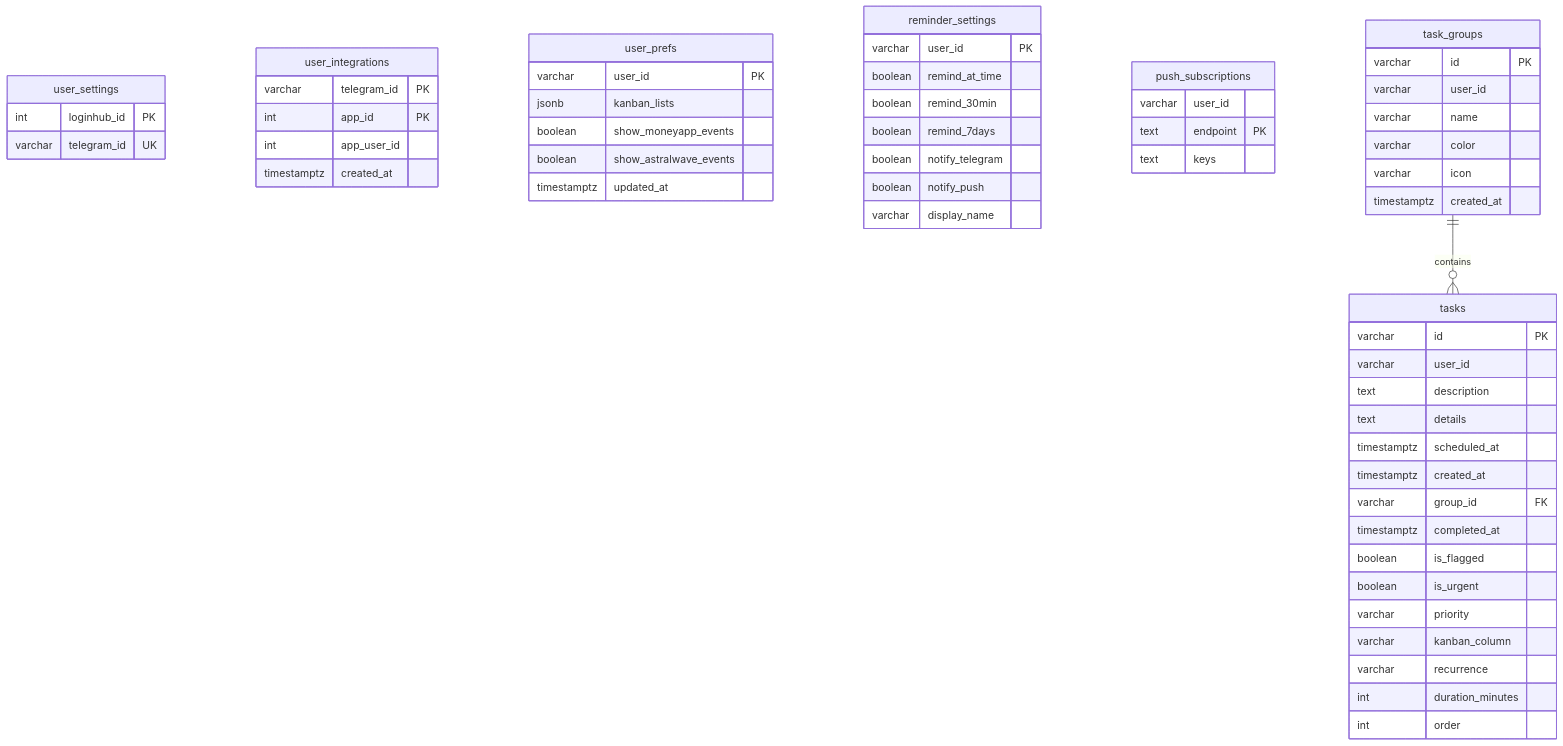
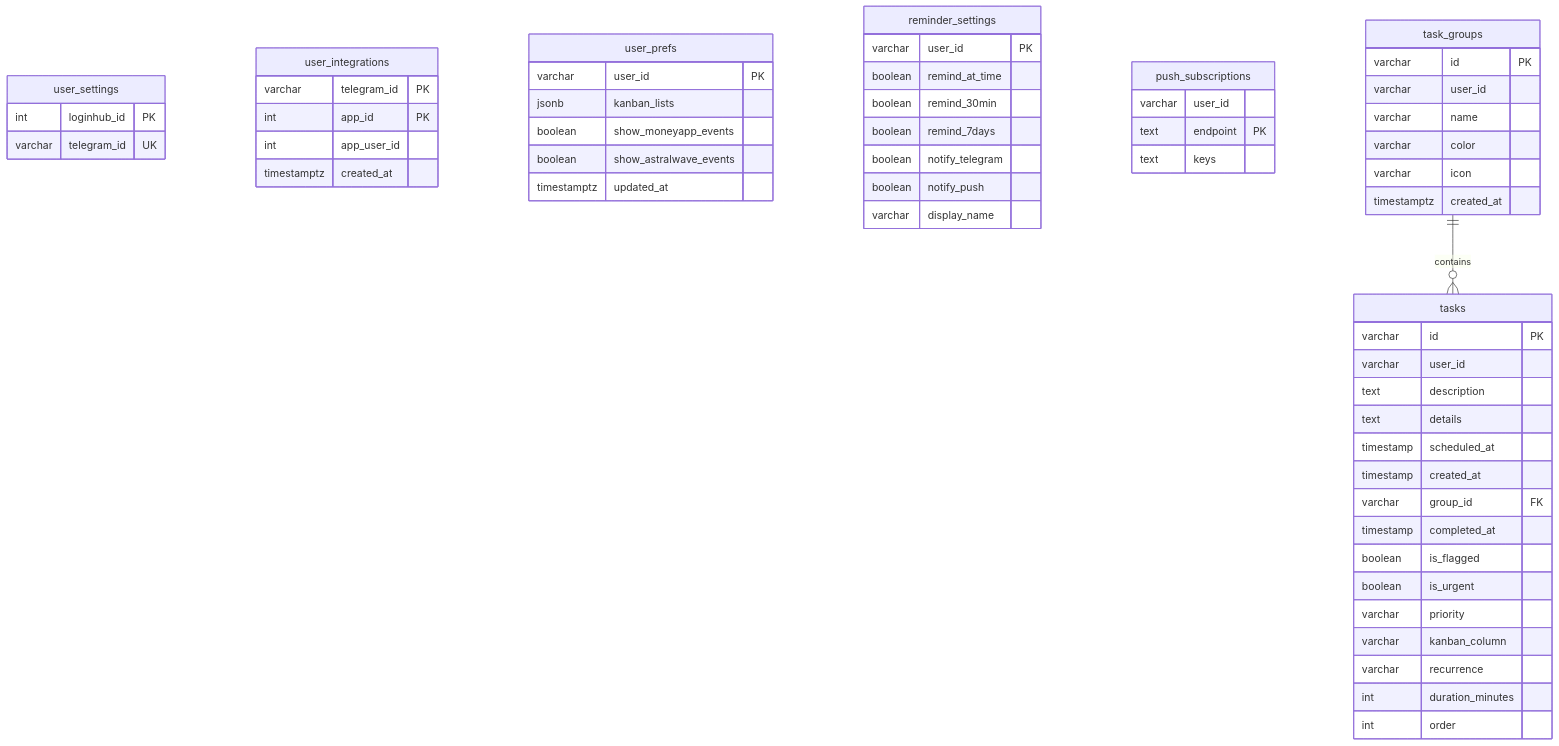
Before and after one commit to moablive/LBS_TodoAPP: the second of 2 diagrams in README.md, drawn with Mermaid. The commit also changed other lines of this file and 5 other files, not shown here.

````diff
--- a/README.md
+++ b/README.md
@@ -208,60 +210,60 @@
 ```mermaid
 erDiagram
   user_settings {
     int loginhub_id PK
     varchar telegram_id UK
   }
   user_integrations {
     varchar telegram_id PK
     int app_id PK
     int app_user_id
     timestamptz created_at
   }
   user_prefs {
     varchar user_id PK
     jsonb kanban_lists
     boolean show_moneyapp_events
     boolean show_astralwave_events
     timestamptz updated_at
   }
   reminder_settings {
     varchar user_id PK
     boolean remind_at_time
     boolean remind_30min
     boolean remind_7days
     boolean notify_telegram
     boolean notify_push
     varchar display_name
   }
   push_subscriptions {
     varchar user_id
     text endpoint PK
     text keys
   }
   task_groups {
     varchar id PK
     varchar user_id
     varchar name
     varchar color
     varchar icon
     timestamptz created_at
   }
   tasks {
     varchar id PK
     varchar user_id
     text description
     text details
-    timestamptz scheduled_at
-    timestamptz created_at
+    timestamp scheduled_at
+    timestamp created_at
     varchar group_id FK
-    timestamptz completed_at
+    timestamp completed_at
     boolean is_flagged
     boolean is_urgent
     varchar priority
     varchar kanban_column
     varchar recurrence
     int duration_minutes
     int order
   }
   task_groups ||--o{ tasks : contains
 ```
````
